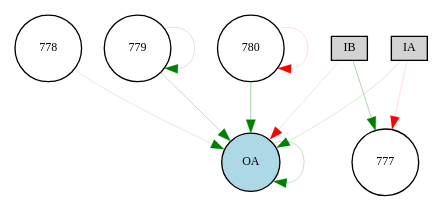
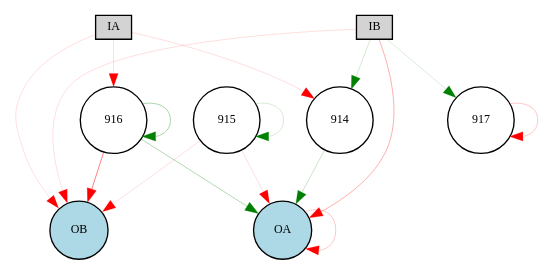
The diagram in source/cont_exp/Digraph.gv (danxan/neuromorphic-evolution), drawn with Graphviz before and after one commit. The commit also changed 7 other files, not shown here.

```diff
--- a/source/cont_exp/Digraph.gv
+++ b/source/cont_exp/Digraph.gv
@@ -1,19 +1,26 @@
 digraph {
 	node [fontsize=9 height=0.2 shape=circle width=0.2]
 	IA [fillcolor=lightgray shape=box style=filled]
 	IB [fillcolor=lightgray shape=box style=filled]
 	OA [fillcolor=lightblue style=filled]
-	778 [fillcolor=white style=filled]
-	779 [fillcolor=white style=filled]
-	780 [fillcolor=white style=filled]
-	IA -> 777 [color=red penwidth=0.1 style=solid]
-	IB -> 777 [color=green penwidth=0.2454492198156753 style=solid]
-	778 -> OA [color=green penwidth=0.1041637075466075 style=solid]
-	779 -> OA [color=green penwidth=0.18952685346530856 style=solid]
-	780 -> OA [color=green penwidth=0.26750751467452283 style=solid]
-	IA -> OA [color=green penwidth=0.12006427761648564 style=solid]
-	IB -> OA [color=red penwidth=0.1 style=solid]
-	OA -> OA [color=green penwidth=0.17645176922780398 style=solid]
-	779 -> 779 [color=green penwidth=0.1262272984154192 style=solid]
-	780 -> 780 [color=red penwidth=0.1 style=solid]
+	OB [fillcolor=lightblue style=filled]
+	914 [fillcolor=white style=filled]
+	915 [fillcolor=white style=filled]
+	916 [fillcolor=white style=filled]
+	IA -> 914 [color=red penwidth=0.10328797612236984 style=solid]
+	IA -> 916 [color=red penwidth=0.1 style=solid]
+	IB -> 914 [color=green penwidth=0.13100863799137158 style=solid]
+	IB -> 917 [color=green penwidth=0.12496948046166124 style=solid]
+	914 -> OA [color=green penwidth=0.16252934188921436 style=solid]
+	915 -> OA [color=red penwidth=0.1 style=solid]
+	915 -> OB [color=red penwidth=0.1 style=solid]
+	916 -> OA [color=green penwidth=0.22827963836983753 style=solid]
+	916 -> OB [color=red penwidth=0.36587908402975544 style=solid]
+	IA -> OB [color=red penwidth=0.1 style=solid]
+	IB -> OA [color=red penwidth=0.2438633769574993 style=solid]
+	IB -> OB [color=red penwidth=0.1 style=solid]
+	OA -> OA [color=red penwidth=0.1691560348914864 style=solid]
+	915 -> 915 [color=green penwidth=0.11805430601385344 style=solid]
+	916 -> 916 [color=green penwidth=0.2474717357875259 style=solid]
+	917 -> 917 [color=red penwidth=0.169880618986825 style=solid]
 }
```
